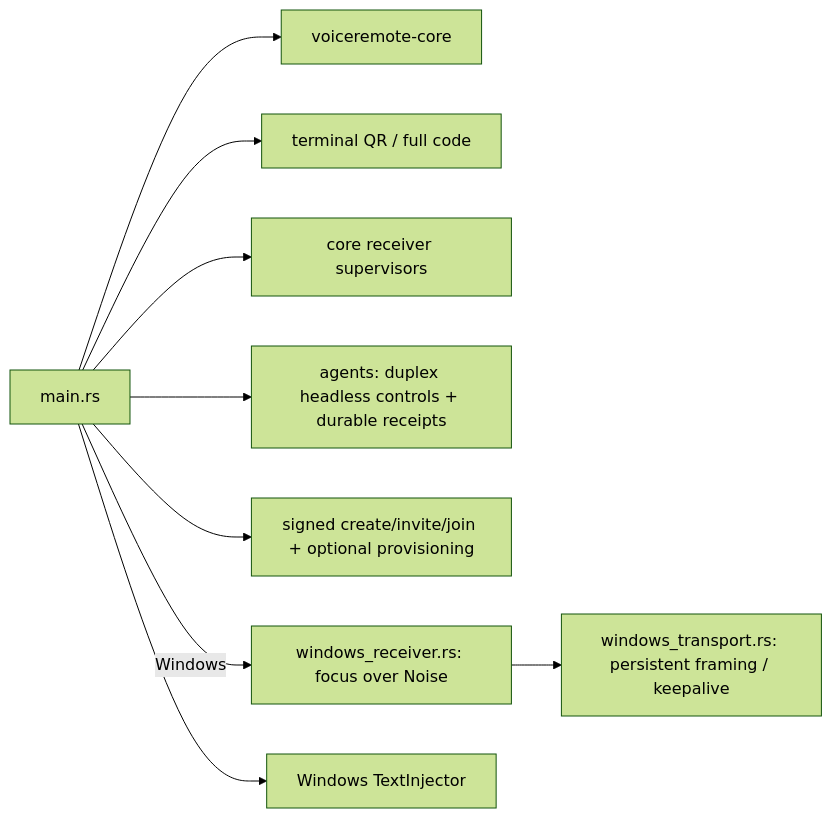
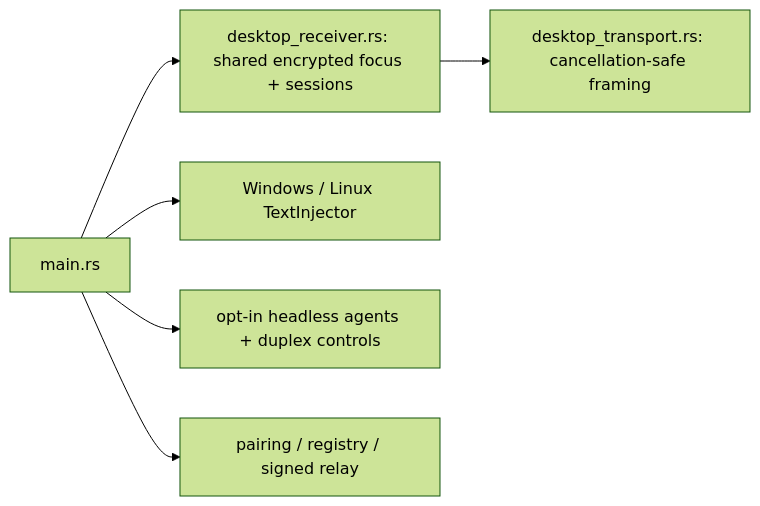
One commit to Harwasch/voiceremote changed the diagram in SW/desktop/crates/app/src/README.md. Above: the diagram before and after it, drawn with Mermaid (forest theme). The commit also changed other lines of this file and 32 other files, not shown here.

Commit message:
SW: Linux text injection and focus report

````diff
--- a/SW/desktop/crates/app/src/README.md
+++ b/SW/desktop/crates/app/src/README.md
@@ -1,11 +1,8 @@
 ```mermaid
 flowchart LR
-    main[main.rs] --> Core[voiceremote-core]
-    main --> QR[terminal QR / full code]
-    main --> Headless[core receiver supervisors]
-    main --> Agents[agents: duplex headless controls + durable receipts]
-    main --> Relay[signed create/invite/join + optional provisioning]
-    main -->|Windows| Win[windows_receiver.rs: focus over Noise]
-    Win --> Wire[windows_transport.rs: persistent framing / keepalive]
-    main --> Inject[Windows TextInjector]
+    main[main.rs] --> Receiver[desktop_receiver.rs: shared encrypted focus + sessions]
+    Receiver --> Wire[desktop_transport.rs: cancellation-safe framing]
+    main --> Inject[Windows / Linux TextInjector]
+    main --> Agents[opt-in headless agents + duplex controls]
+    main --> Core[pairing / registry / signed relay]
 ```
````
